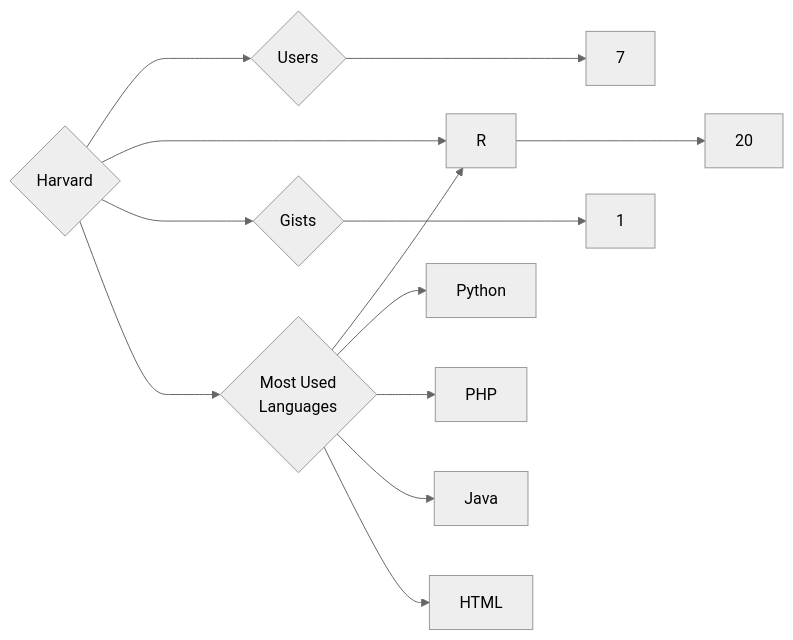
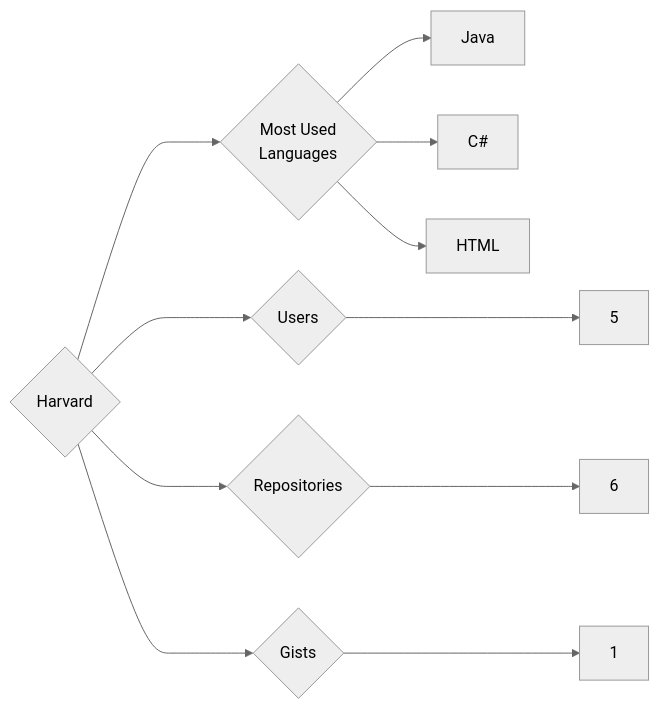
The diagram in targets/Harvard/README.md (trickest/insiders), drawn with Mermaid (neutral theme) before and after one commit. The commit also changed 993 other files, not shown here.

````diff
--- a/targets/Harvard/README.md
+++ b/targets/Harvard/README.md
@@ -3,13 +3,11 @@
 ```mermaid
 graph LR
 COMPANY_NAME{Harvard}
-COMPANY_NAME ---> U{Users} ---> UN[7]
-COMPANY_NAME ---> R{Repositories} ---> RN[20]
+COMPANY_NAME ---> U{Users} ---> UN[5]
+COMPANY_NAME ---> R{Repositories} ---> RN[6]
 COMPANY_NAME ---> G{Gists} ---> GN[1]
 COMPANY_NAME ---> ML{Most Used<br>Languages}
-ML --> R[R]
-ML --> Python[Python]
-ML --> PHP[PHP]
 ML --> Java[Java]
+ML --> C#[C#]
 ML --> HTML[HTML]
 ```
````
